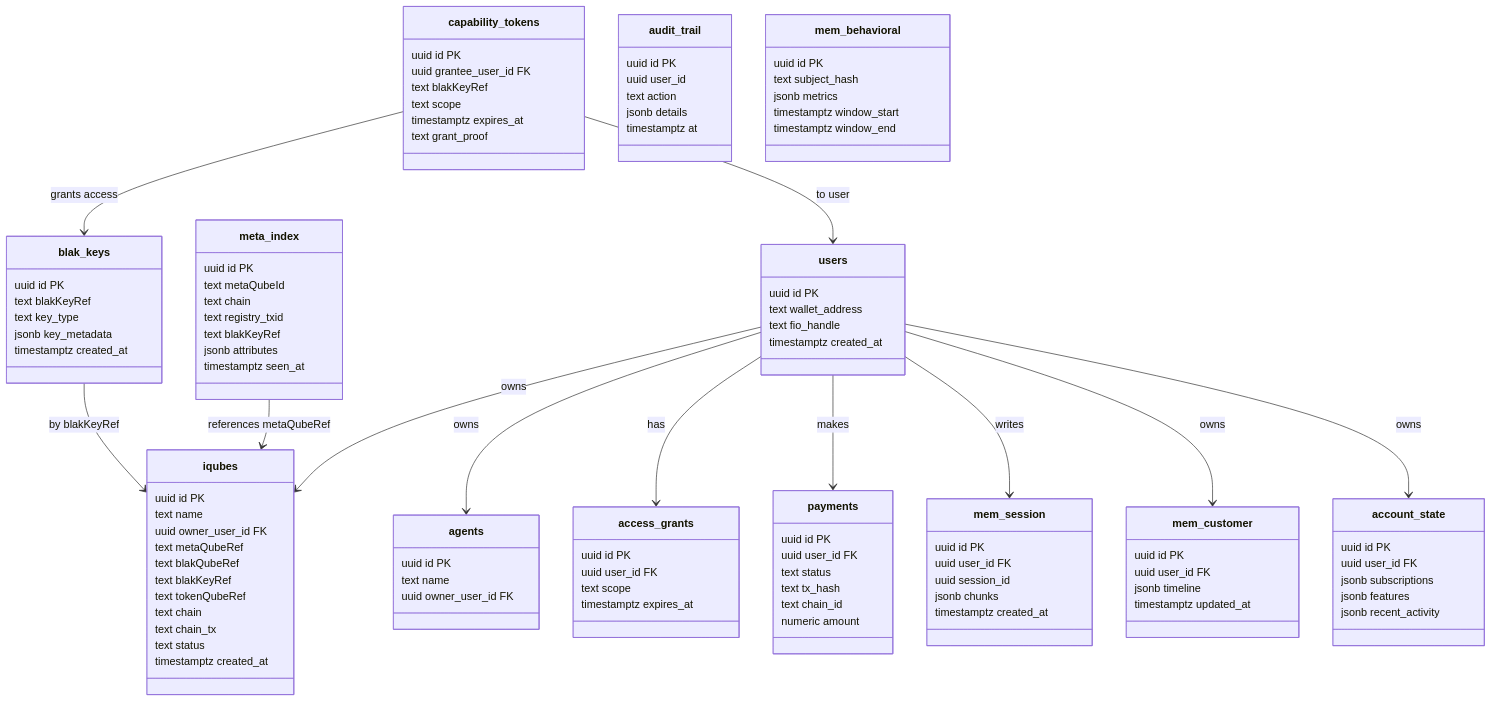
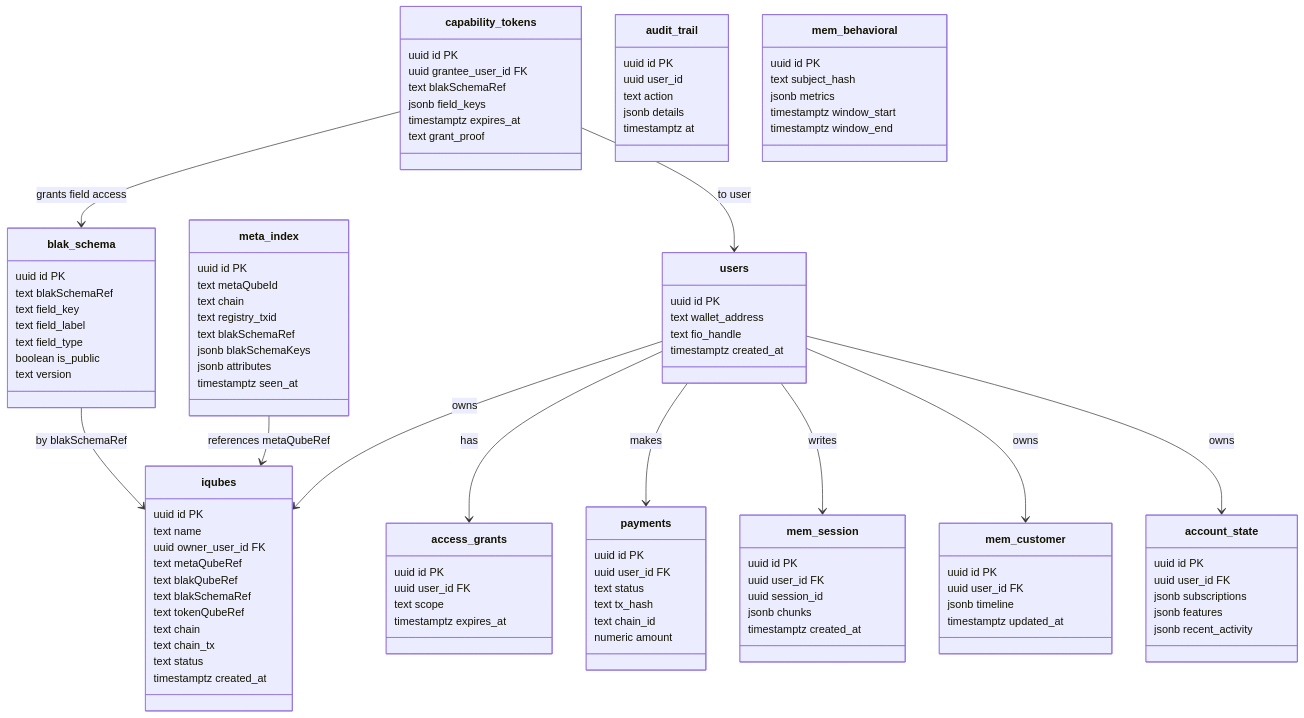
Before and after one commit to iQube-Protocol/AigentZBeta: the third of 6 diagrams in docs/architecture/AigentZ_Architecture_UPDATE.md, drawn with Mermaid.

````diff
--- a/docs/architecture/AigentZ_Architecture_UPDATE.md
+++ b/docs/architecture/AigentZ_Architecture_UPDATE.md
@@ -126,54 +126,58 @@
     text fio_handle
     timestamptz created_at
   }
-  class agents {
-    uuid id PK
-    text name
-    uuid owner_user_id FK
-  }
+
   class iqubes {
     uuid id PK
     text name
     uuid owner_user_id FK
     text metaQubeRef
     text blakQubeRef
-    text blakKeyRef
+    text blakSchemaRef
     text tokenQubeRef
     text chain
     text chain_tx
     text status
     timestamptz created_at
   }
+
   class meta_index {
     uuid id PK
     text metaQubeId
     text chain
     text registry_txid
-    text blakKeyRef
+    text blakSchemaRef
+    jsonb blakSchemaKeys
     jsonb attributes
     timestamptz seen_at
   }
-  class blak_keys {
+
+  class blak_schema {
     uuid id PK
-    text blakKeyRef
-    text key_type
-    jsonb key_metadata
-    timestamptz created_at
+    text blakSchemaRef
+    text field_key
+    text field_label
+    text field_type
+    boolean is_public
+    text version
   }
+
   class capability_tokens {
     uuid id PK
     uuid grantee_user_id FK
-    text blakKeyRef
-    text scope
+    text blakSchemaRef
+    jsonb field_keys
     timestamptz expires_at
     text grant_proof
   }
+
   class access_grants {
     uuid id PK
     uuid user_id FK
     text scope
     timestamptz expires_at
   }
+
   class payments {
     uuid id PK
     uuid user_id FK
@@ -182,6 +186,7 @@
     text chain_id
     numeric amount
   }
+
   class audit_trail {
     uuid id PK
     uuid user_id
@@ -189,6 +194,7 @@
     jsonb details
     timestamptz at
   }
+
   class mem_session {
     uuid id PK
     uuid user_id FK
@@ -196,12 +202,14 @@
     jsonb chunks
     timestamptz created_at
   }
+
   class mem_customer {
     uuid id PK
     uuid user_id FK
     jsonb timeline
     timestamptz updated_at
   }
+
   class mem_behavioral {
     uuid id PK
     text subject_hash
@@ -209,6 +217,7 @@
     timestamptz window_start
     timestamptz window_end
   }
+
   class account_state {
     uuid id PK
     uuid user_id FK
@@ -217,7 +226,6 @@
     jsonb recent_activity
   }
 
-  users --> agents : owns
   users --> iqubes : owns
   users --> access_grants : has
   users --> payments : makes
@@ -225,8 +233,9 @@
   users --> mem_customer : owns
   users --> account_state : owns
   meta_index --> iqubes : references metaQubeRef
-  blak_keys --> iqubes : by blakKeyRef
-  capability_tokens --> blak_keys : grants access
+  blak_schema --> iqubes : by blakSchemaRef
+  capability_tokens --> blak_schema : grants field access
   capability_tokens --> users : to user
 
+
 ```
````
